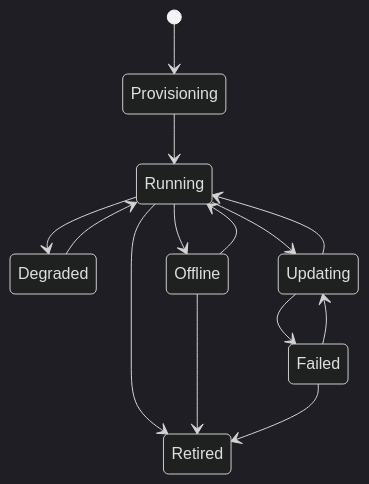
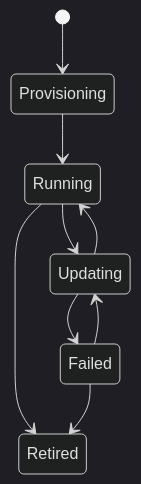
The diagram in docs/domain/management-agent-lifecycle.md (CUBILLOSCRISTIAN/HelixOps), drawn with Mermaid (dark theme) before and after one commit. The commit also changed other lines of this file and 9 other files, not shown here.

````diff
--- a/docs/domain/management-agent-lifecycle.md
+++ b/docs/domain/management-agent-lifecycle.md
@@ -13,29 +18,19 @@
 ```mermaid
 stateDiagram-v2
 
 [*] --> Provisioning
 
 Provisioning --> Running
-
-Running --> Degraded
-
-Degraded --> Running
-
-Running --> Offline
-
-Offline --> Running
 
 Running --> Updating
 
 Updating --> Running
 
 Updating --> Failed
 
 Failed --> Updating
 
 Running --> Retired
 
-Offline --> Retired
-
 Failed --> Retired
 ```
````
